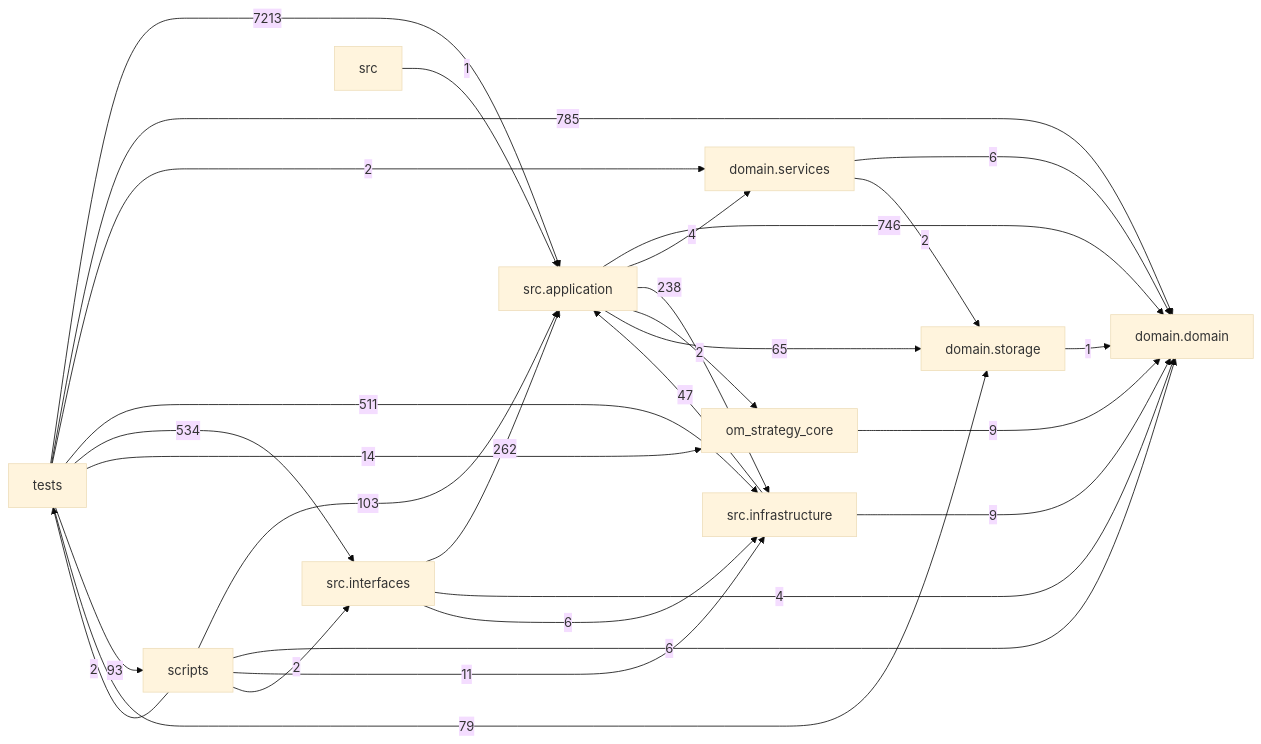
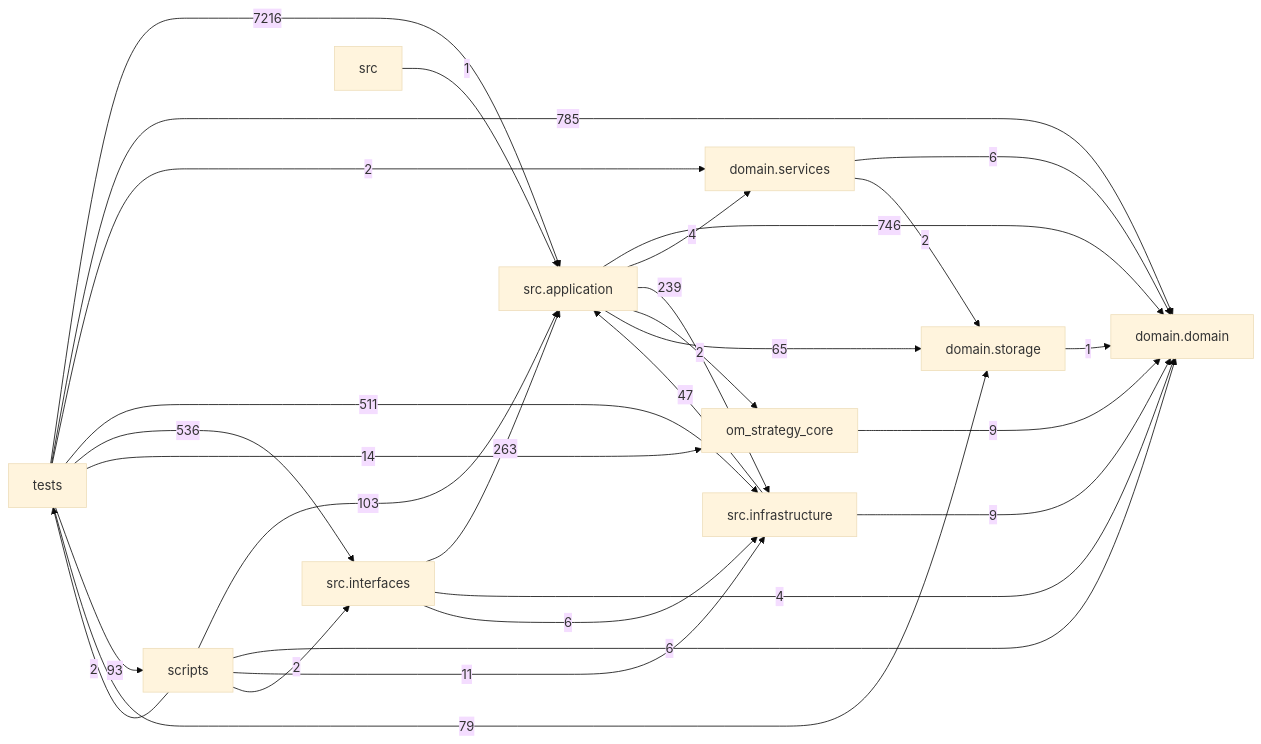
The diagram in docs/DEPENDENCY_GRAPH.md (liuxie066/options-monitor), drawn with Mermaid (base theme) before and after one commit. The commit also changed other lines of this file and 11 other files, not shown here.

````diff
--- a/docs/DEPENDENCY_GRAPH.md
+++ b/docs/DEPENDENCY_GRAPH.md
@@ -24,39 +24,39 @@
 ```mermaid
 flowchart LR
   tests["tests"]
   scripts["scripts"]
   interfaces["src.interfaces"]
   application["src.application"]
   infrastructure["src.infrastructure"]
   domain_services["domain.services"]
   domain["domain.domain"]
   storage["domain.storage"]
   application -->|746| domain
   application -->|4| domain_services
-  application -->|238| infrastructure
+  application -->|239| infrastructure
   application -->|2| om_strategy_core
   application -->|65| storage
   domain_services -->|6| domain
   domain_services -->|2| storage
   infrastructure -->|47| application
   infrastructure -->|9| domain
-  interfaces -->|262| application
+  interfaces -->|263| application
   interfaces -->|4| domain
   interfaces -->|6| infrastructure
   om_strategy_core -->|9| domain
   scripts -->|103| application
   scripts -->|6| domain
   scripts -->|11| infrastructure
   scripts -->|2| interfaces
   scripts -->|2| tests
   src -->|1| application
   storage -->|1| domain
-  tests -->|7213| application
+  tests -->|7216| application
   tests -->|785| domain
   tests -->|2| domain_services
   tests -->|511| infrastructure
-  tests -->|534| interfaces
+  tests -->|536| interfaces
   tests -->|14| om_strategy_core
   tests -->|93| scripts
   tests -->|79| storage
 ```
````
